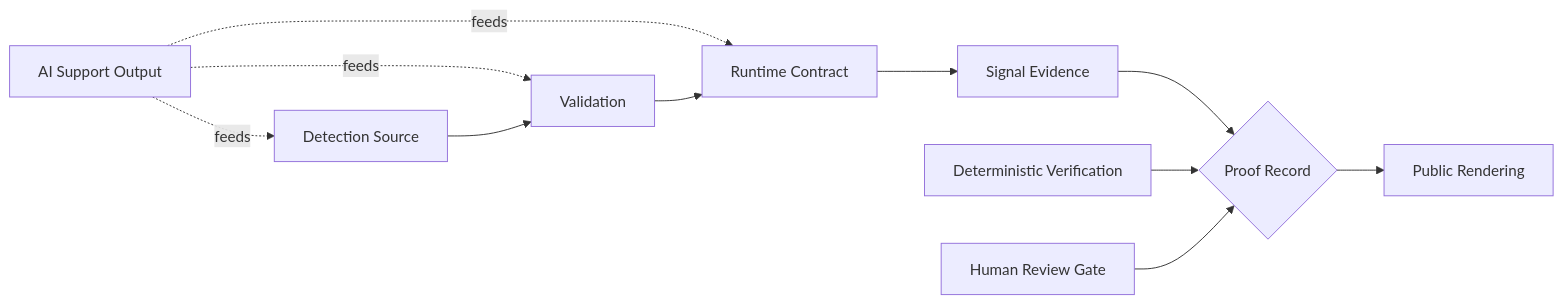
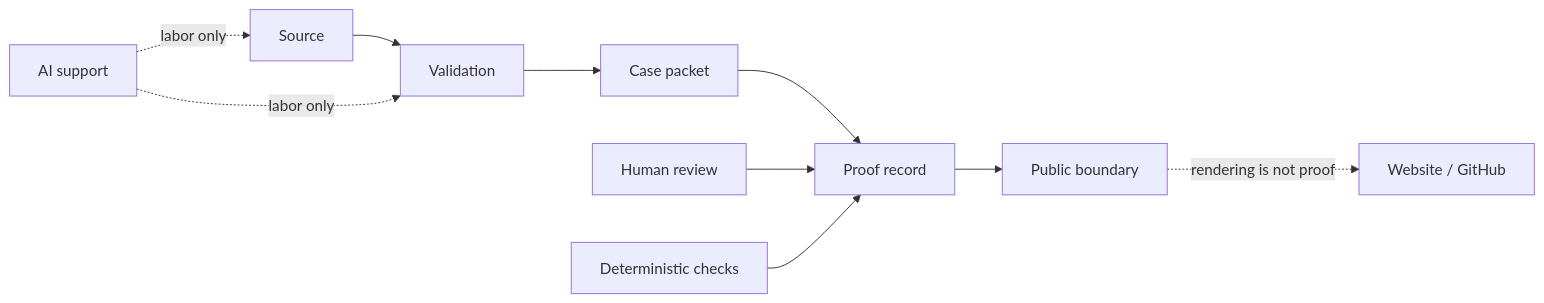
Before and after one commit to HawkinsOperations/.github: the diagram in profile/README.md, drawn with Mermaid. The commit also changed other lines of this file, not shown here.

````diff
--- a/profile/README.md
+++ b/profile/README.md
@@ -72,21 +127,12 @@
 ```mermaid
 flowchart LR
-    AI[AI Support Output]
-    A[Detection Source]
-    B[Validation]
-    C[Runtime Contract]
-    D[Signal Evidence]
-    E{Proof Record}
-    F[Public Rendering]
-    V[Deterministic Verification]
-    R[Human Review Gate]
-
-    AI -. feeds .-> A
-    AI -. feeds .-> B
-    AI -. feeds .-> C
-    A --> B --> C --> D
-    D --> E
-    V --> E
-    R --> E
-    E --> F
+    A[Source] --> B[Validation]
+    B --> C[Case packet]
+    C --> D[Proof record]
+    D --> E[Public boundary]
+    F[AI support] -. labor only .-> A
+    F -. labor only .-> B
+    G[Human review] --> D
+    H[Deterministic checks] --> D
+    E -. rendering is not proof .-> I[Website / GitHub]
 ```
````
